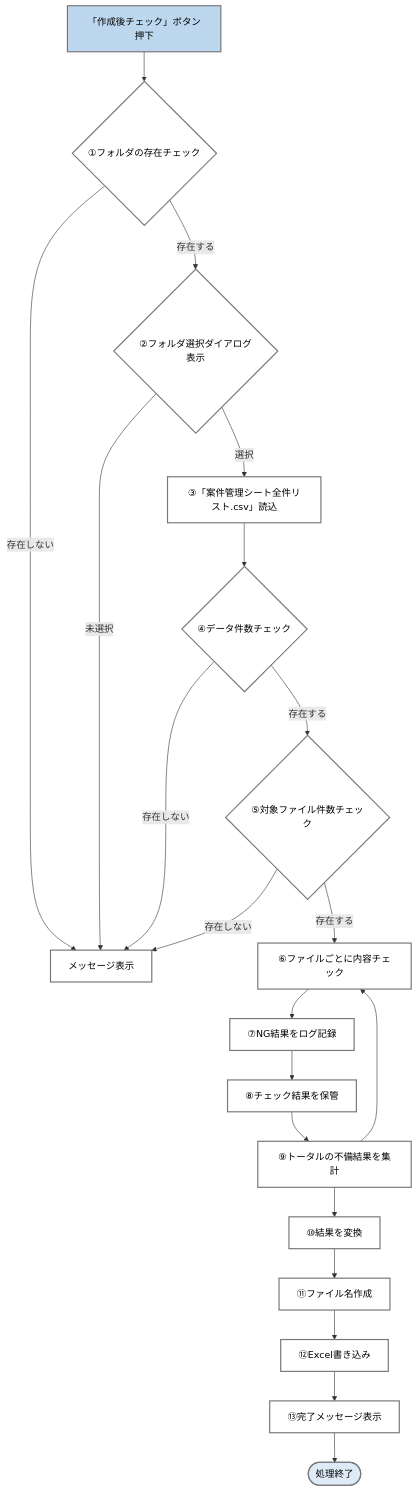
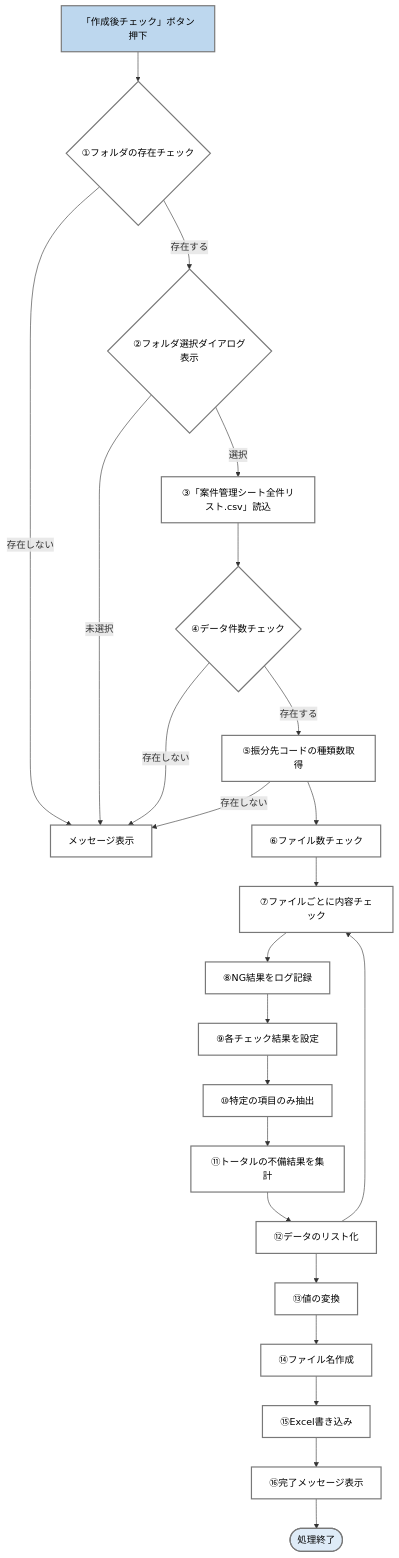
One commit to cview-noreply/SanremoSalesConfirmationTool changed the third of 5 diagrams in doc/処理フロー図_成約捕捉ツール/タブ1.md. Above: the diagram before and after it, drawn with Mermaid. The commit also changed 1 other file, not shown here.

Commit message:
仕様書更新

````diff
--- a/doc/処理フロー図_成約捕捉ツール/タブ1.md
+++ b/doc/処理フロー図_成約捕捉ツール/タブ1.md
@@ -50,32 +50,35 @@
 ```mermaid
 flowchart TB
     A[「作成後チェック」ボタン押下] --> 
     B{①フォルダの存在チェック} -- 存在しない --> C[メッセージ表示]
     B{①フォルダの存在チェック} -- 存在する --> 
     D{②フォルダ選択ダイアログ表示} -- 未選択 --> C[メッセージ表示]
     D{②フォルダ選択ダイアログ表示} -- 選択 --> E[③「案件管理シート全件リスト.csv」読込] --> 
     F{④データ件数チェック} -- 存在しない --> C[メッセージ表示]
     F{④データ件数チェック} -- 存在する --> G{⑤対象ファイル件数チェック} -- 存在しない --> C[メッセージ表示]
-    G{⑤対象ファイル件数チェック} -- 存在する --> H[⑥ファイルごとに内容チェック] --> I[⑦NG結果をログ記録] --> 
-    J[⑧チェック結果を保管] --> K[⑨トータルの不備結果を集計] --> H[⑥ファイルごとに内容チェック]
-    K[⑨トータルの不備結果を集計] --> L[⑩結果を変換] --> M[⑪ファイル名作成] --> 
-    N[⑫Excel書き込み] --> O[⑬完了メッセージ表示] --> 
-    P([処理終了])
+    G[⑤振分先コードの種類数取得] --> H[⑥ファイル数チェック] --> I[⑦ファイルごとに内容チェック] --> 
+    J[⑧NG結果をログ記録] --> K[⑨各チェック結果を設定] --> L[⑩特定の項目のみ抽出] --> M[⑪トータルの不備結果を集計] --> 
+    N[⑫データのリスト化] --> I[⑦ファイルごとに内容チェック]
+    N[⑫データのリスト化] --> O[⑬値の変換] --> P[⑭ファイル名作成] --> Q[⑮Excel書き込み] --> R[⑯完了メッセージ表示] --> 
+    S([処理終了])
 
     style A fill:#BDD7EE,stroke:#787878,stroke-width:2px,color:#000000
     style B fill:#FFFFFF,stroke:#787878,stroke-width:2px,color:#000000
     style C fill:#FFFFFF,stroke:#787878,stroke-width:2px,color:#000000
     style D fill:#FFFFFF,stroke:#787878,stroke-width:2px,color:#000000
     style E fill:#FFFFFF,stroke:#787878,stroke-width:2px,color:#000000
     style F fill:#FFFFFF,stroke:#787878,stroke-width:2px,color:#000000
     style G fill:#FFFFFF,stroke:#787878,stroke-width:2px,color:#000000
     style H fill:#FFFFFF,stroke:#787878,stroke-width:2px,color:#000000
     style I fill:#FFFFFF,stroke:#787878,stroke-width:2px,color:#000000
     style J fill:#FFFFFF,stroke:#787878,stroke-width:2px,color:#000000
     style K fill:#FFFFFF,stroke:#787878,stroke-width:2px,color:#000000
     style L fill:#FFFFFF,stroke:#787878,stroke-width:2px,color:#000000
     style M fill:#FFFFFF,stroke:#787878,stroke-width:2px,color:#000000
     style N fill:#FFFFFF,stroke:#787878,stroke-width:2px,color:#000000
     style O fill:#FFFFFF,stroke:#787878,stroke-width:2px,color:#000000
-    style P fill:#DEEBF7,stroke:#787878,stroke-width:2px,color:#000000
+    style P fill:#FFFFFF,stroke:#787878,stroke-width:2px,color:#000000
+    style Q fill:#FFFFFF,stroke:#787878,stroke-width:2px,color:#000000
+    style R fill:#FFFFFF,stroke:#787878,stroke-width:2px,color:#000000
+    style S fill:#DEEBF7,stroke:#787878,stroke-width:2px,color:#000000
 ```
````
